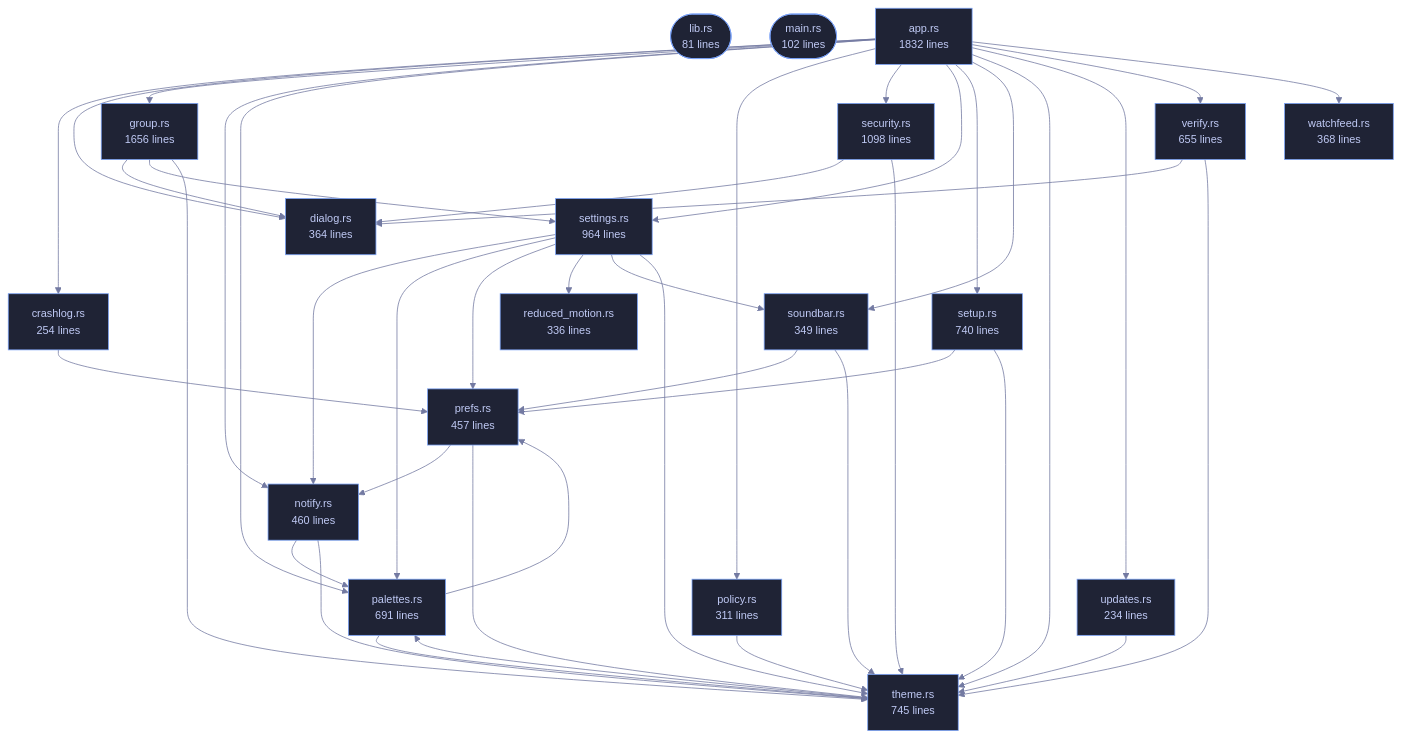
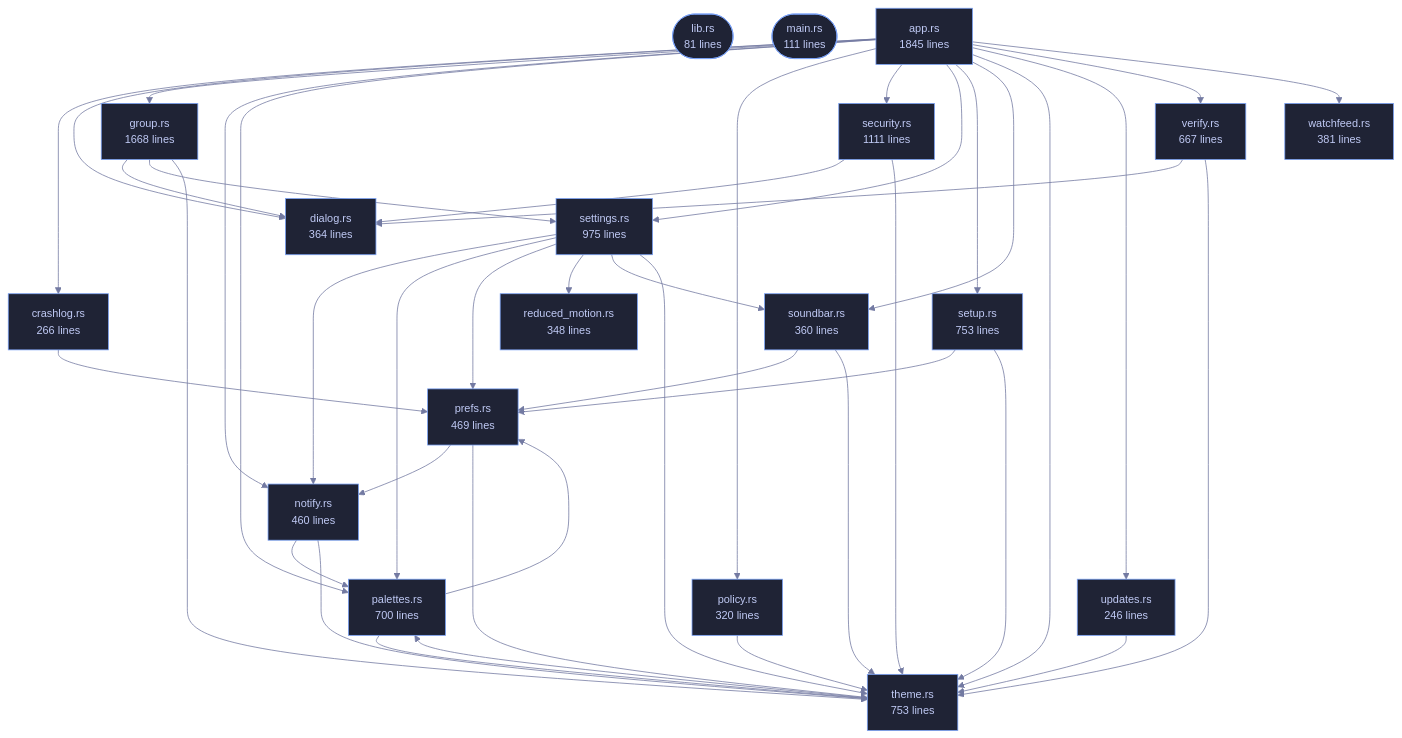
One commit to tilas01/veilvoice changed the diagram in crates/veilvoice-gui/README.md. Above: the diagram before and after it, drawn with Mermaid. The commit also changed other lines of this file and 487 other files, not shown here.

```diff
--- a/crates/veilvoice-gui/README.md
+++ b/crates/veilvoice-gui/README.md
@@ -95,24 +95,24 @@
 %%{init: {"theme":"base","themeVariables":{"background":"#1a1b26","primaryColor":"#1f2335","primaryTextColor":"#c0caf5","primaryBorderColor":"#7aa2f7","secondaryColor":"#16161e","tertiaryColor":"#16161e","lineColor":"#737aa2","textColor":"#c0caf5","mainBkg":"#1f2335","nodeBorder":"#7aa2f7","clusterBkg":"#16161e","clusterBorder":"#2f3549","fontFamily":"ui-monospace, SFMono-Regular, Consolas, monospace","fontSize":"14px"}}}%%
 flowchart TD
     n_lib(["lib.rs<br/>81 lines"])
-    n_main(["main.rs<br/>102 lines"])
-    n_app["app.rs<br/>1832 lines"]
-    n_crashlog["crashlog.rs<br/>254 lines"]
+    n_main(["main.rs<br/>111 lines"])
+    n_app["app.rs<br/>1845 lines"]
+    n_crashlog["crashlog.rs<br/>266 lines"]
     n_dialog["dialog.rs<br/>364 lines"]
-    n_group["group.rs<br/>1656 lines"]
+    n_group["group.rs<br/>1668 lines"]
     n_notify["notify.rs<br/>460 lines"]
-    n_palettes["palettes.rs<br/>691 lines"]
-    n_policy["policy.rs<br/>311 lines"]
-    n_prefs["prefs.rs<br/>457 lines"]
-    n_reduced_motion["reduced_motion.rs<br/>336 lines"]
-    n_security["security.rs<br/>1098 lines"]
-    n_settings["settings.rs<br/>964 lines"]
-    n_setup["setup.rs<br/>740 lines"]
-    n_soundbar["soundbar.rs<br/>349 lines"]
-    n_theme["theme.rs<br/>745 lines"]
-    n_updates["updates.rs<br/>234 lines"]
-    n_verify["verify.rs<br/>655 lines"]
-    n_watchfeed["watchfeed.rs<br/>368 lines"]
+    n_palettes["palettes.rs<br/>700 lines"]
+    n_policy["policy.rs<br/>320 lines"]
+    n_prefs["prefs.rs<br/>469 lines"]
+    n_reduced_motion["reduced_motion.rs<br/>348 lines"]
+    n_security["security.rs<br/>1111 lines"]
+    n_settings["settings.rs<br/>975 lines"]
+    n_setup["setup.rs<br/>753 lines"]
+    n_soundbar["soundbar.rs<br/>360 lines"]
+    n_theme["theme.rs<br/>753 lines"]
+    n_updates["updates.rs<br/>246 lines"]
+    n_verify["verify.rs<br/>667 lines"]
+    n_watchfeed["watchfeed.rs<br/>381 lines"]
     n_app --> n_crashlog
     n_app --> n_dialog
     n_app --> n_group
```
